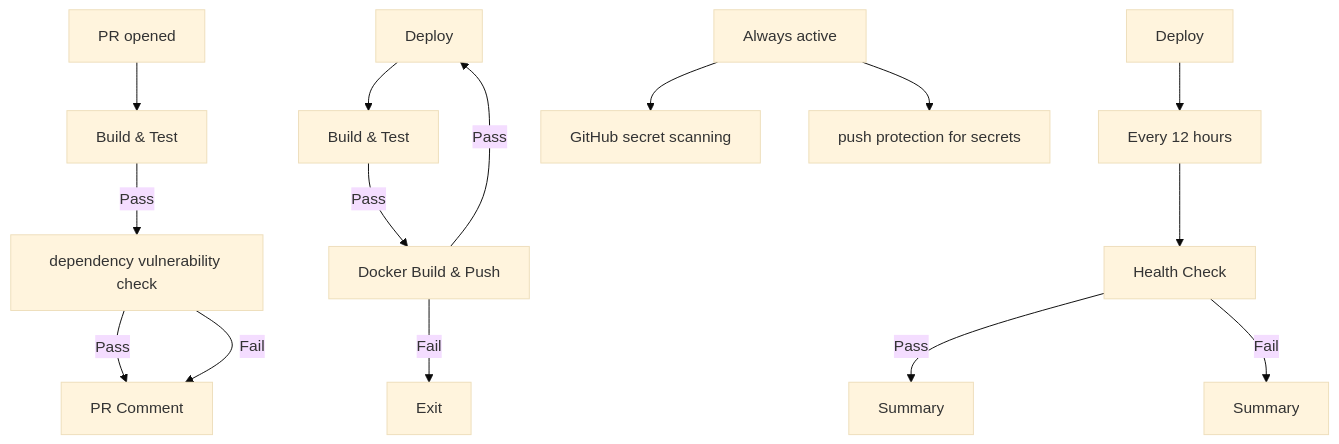
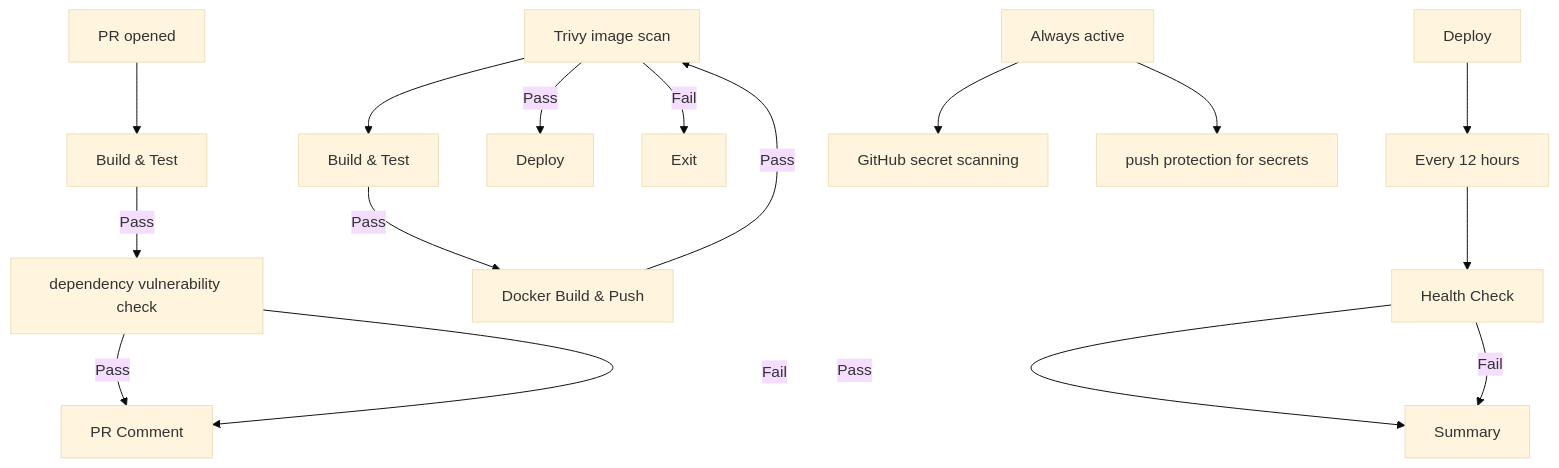
One commit to Afroz-J-Shaikh/github-actions-capstone changed the diagram in README.md. Above: the diagram before and after it, drawn with Mermaid (base theme).

````diff
--- a/README.md
+++ b/README.md
@@ -34,20 +34,21 @@
 ```mermaid
 graph TD
     A[PR opened] --> B[Build & Test]
     B -->|Pass| C[dependency vulnerability check]
     C -->|Pass| D[PR Comment]
     C -->|Fail| D[PR Comment]
     
     E[Merge to main] --> F[Build & Test]
     F -->|Pass| G[Docker Build & Push]
-    G -->|Pass| E[Deploy]
-    G -->|Fail| H[Exit]
+    G -->|Pass| E[Trivy image scan]
+    E -->|Pass| H[Deploy]
+    E -->|Fail| I[Exit]
     
-    I[Deploy] --> J[Every 12 hours]
-    J --> K[Health Check]
-    K -->|Pass| L[Summary]
-    K -->|Fail| M[Summary]
+    J[Deploy] --> K[Every 12 hours]
+    K --> L[Health Check]
+    L-->|Pass| M[Summary]
+    L -->|Fail| M[Summary]
 
     N[Always active] --> O[GitHub secret scanning]
     N --> P[push protection for secrets]
 ```
````
